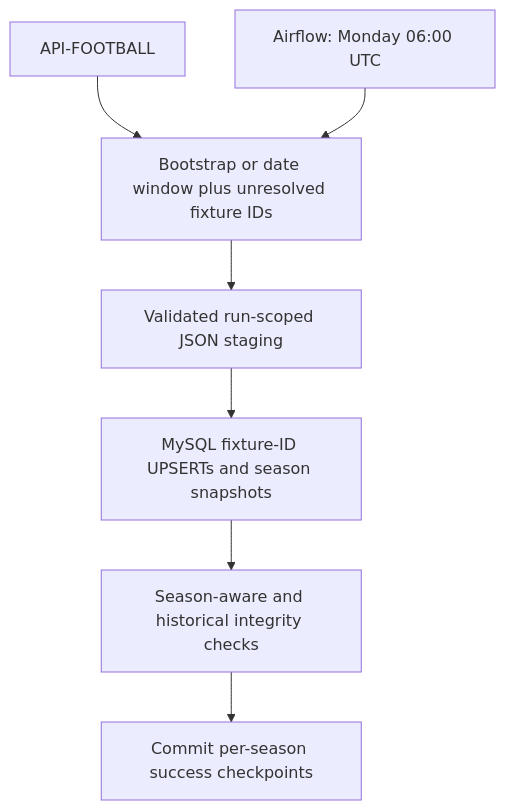
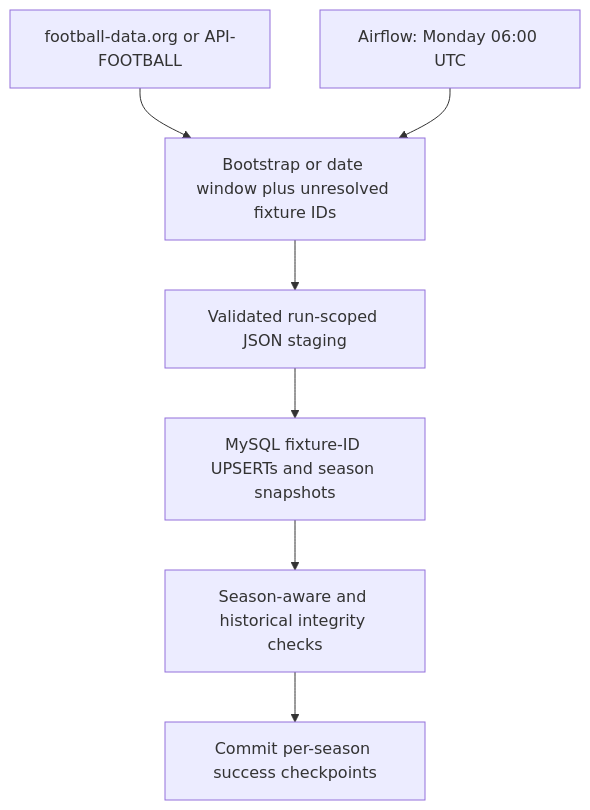
One commit to Mohamed254-pixel/soccer-data-pipeline changed the diagram in README.md. Above: the diagram before and after it, drawn with Mermaid. The commit also changed other lines of this file and 6 other files, not shown here.

````diff
--- a/README.md
+++ b/README.md
@@ -28,9 +28,9 @@
 ```mermaid
 flowchart TD
-    API[API-FOOTBALL] --> PLAN[Bootstrap or date window plus unresolved fixture IDs]
+    API[football-data.org or API-FOOTBALL] --> PLAN[Bootstrap or date window plus unresolved fixture IDs]
     PLAN --> STAGE[Validated run-scoped JSON staging]
     STAGE --> LOAD[MySQL fixture-ID UPSERTs and season snapshots]
     LOAD --> CHECK[Season-aware and historical integrity checks]
     CHECK --> STATE[Commit per-season success checkpoints]
     AIRFLOW[Airflow: Monday 06:00 UTC] --> PLAN
 ```
````
